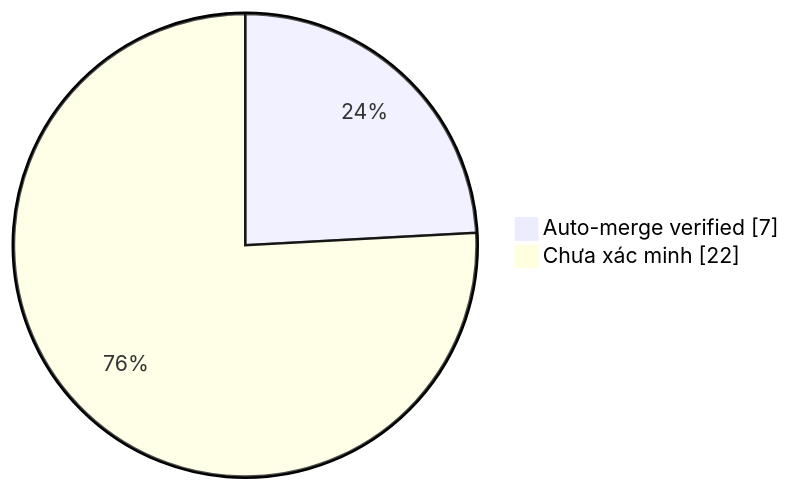
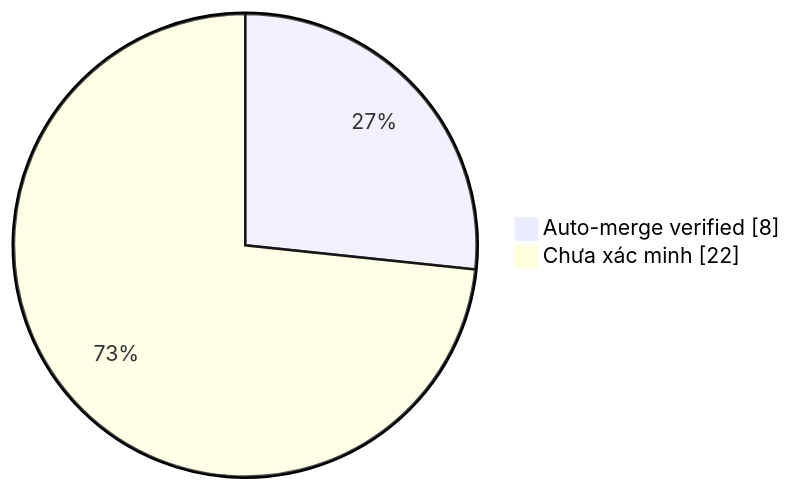
Before and after one commit to duykhang68/tetdinhmuiblog: the diagram in collector.md, drawn with Mermaid. The commit also changed other lines of this file and 1 other file, not shown here.

Commit message:
docs(collector): update auto-merge evidence dashboard

````diff
--- a/collector.md
+++ b/collector.md
@@ -22,5 +22,5 @@
 ```mermaid
 pie showData
-    "Auto-merge verified" : 7
+    "Auto-merge verified" : 8
     "Chưa xác minh" : 22
 ```
````
